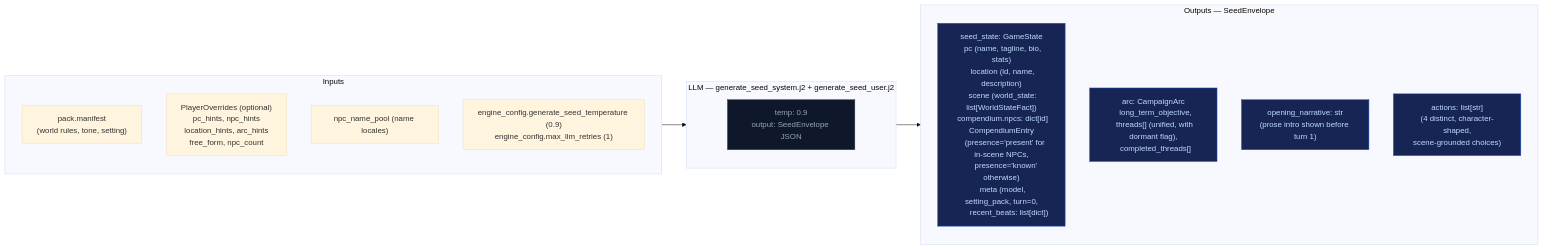
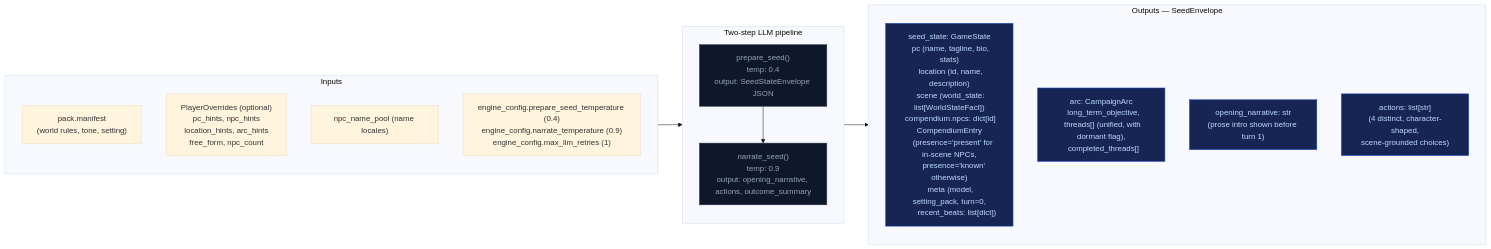
The second of 2 diagrams in docs/architecture/out-of-band.md (pww217/fablethread), drawn with Mermaid (base theme) before and after one commit. The commit also changed other lines of this file and 22 other files, not shown here.

````diff
--- a/docs/architecture/out-of-band.md
+++ b/docs/architecture/out-of-band.md
@@ -34,26 +34,29 @@
 ```mermaid
 flowchart LR
     classDef llmNode fill:#0f172a,color:#94a3b8,stroke:#334155
     classDef outNode fill:#172554,color:#bfdbfe,stroke:#1d4ed8
 
     subgraph IN["Inputs"]
         G1["pack.manifest<br>(world rules, tone, setting)"]
         G3["PlayerOverrides (optional)<br>  pc_hints, npc_hints<br>  location_hints, arc_hints<br>  free_form, npc_count"]
         G4["npc_name_pool (name locales)"]
-        G5["engine_config.generate_seed_temperature (0.9)<br>engine_config.max_llm_retries (1)"]
+        G5["engine_config.prepare_seed_temperature (0.4)<br>engine_config.narrate_temperature (0.9)<br>engine_config.max_llm_retries (1)"]
     end
 
-    subgraph LLM_GS["LLM — generate_seed_system.j2 + generate_seed_user.j2"]
-        GL["temp: 0.9<br>output: SeedEnvelope JSON"]:::llmNode
+    subgraph LLM_TWO_STEP["Two-step LLM pipeline"]
+        direction TB
+        PS["prepare_seed()<br>temp: 0.4<br>output: SeedStateEnvelope JSON"]:::llmNode
+        NS["narrate_seed()<br>temp: 0.9<br>output: opening_narrative, actions, outcome_summary"]:::llmNode
+        PS --> NS
     end
 
     subgraph OUT["Outputs — SeedEnvelope"]
         O1["seed_state: GameState<br>  pc (name, tagline, bio, stats)<br>  location (id, name, description)<br>  scene (world_state: list[WorldStateFact])<br>  compendium.npcs: dict[id] CompendiumEntry<br>    (presence='present' for in-scene NPCs,<br>     presence='known' otherwise)<br>  meta (model, setting_pack, turn=0,<br>       recent_beats: list[dict])"]:::outNode
         O2["arc: CampaignArc<br>  long_term_objective,<br>  threads[] (unified, with dormant flag),<br>  completed_threads[]"]:::outNode
         O3["opening_narrative: str<br>(prose intro shown before turn 1)"]:::outNode
         O4["actions: list[str]<br>(4 distinct, character-shaped,<br>scene-grounded choices)"]:::outNode
     end
 
-    IN --> LLM_GS
-    LLM_GS --> OUT
+    IN --> LLM_TWO_STEP
+    LLM_TWO_STEP --> OUT
 ```
````
